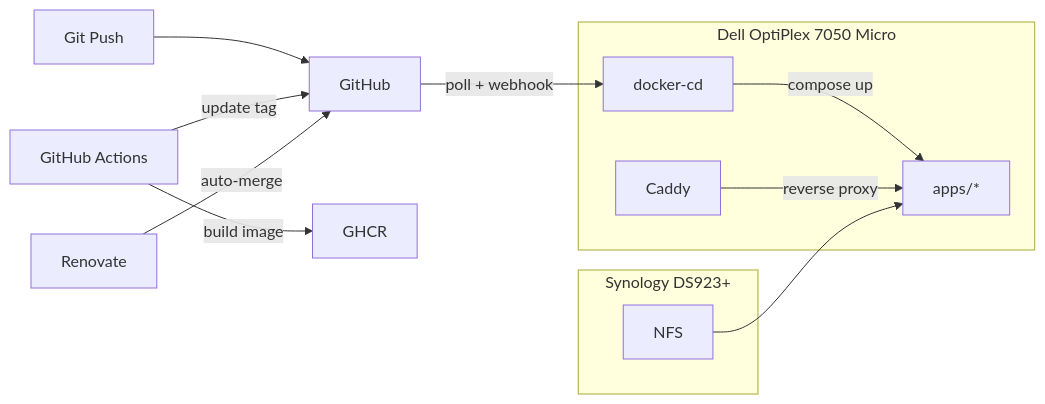
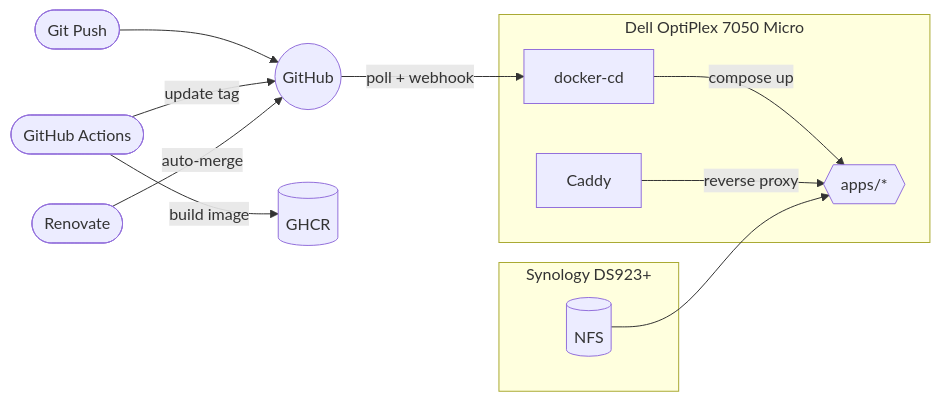
The first of 2 diagrams in README.md (wajeht/home-ops), drawn with Mermaid before and after one commit. The commit also changed other lines of this file, not shown here.

Commit message:
docs: update architecture diagrams to use new syntax

````diff
--- a/README.md
+++ b/README.md
@@ -18,19 +18,19 @@
 ```mermaid
 flowchart LR
-    git[Git Push] --> github[GitHub]
-    actions[GitHub Actions] -->|build image| ghcr[GHCR]
+    git([Git Push]) --> github((GitHub))
+    actions([GitHub Actions]) -->|build image| ghcr[(GHCR)]
     actions -->|update tag| github
-    renovate[Renovate] -->|auto-merge| github
+    renovate([Renovate]) -->|auto-merge| github
     github -->|poll + webhook| docker_cd
 
     subgraph dell[Dell OptiPlex 7050 Micro]
-        docker_cd[docker-cd] -->|compose up| apps[apps/*]
+        docker_cd[docker-cd] -->|compose up| apps{{apps/*}}
         caddy[Caddy] -->|reverse proxy| apps
     end
 
     subgraph nas[Synology DS923+]
-        nfs[NFS]
+        nfs[(NFS)]
     end
 
     nfs --> apps
 ```
````
